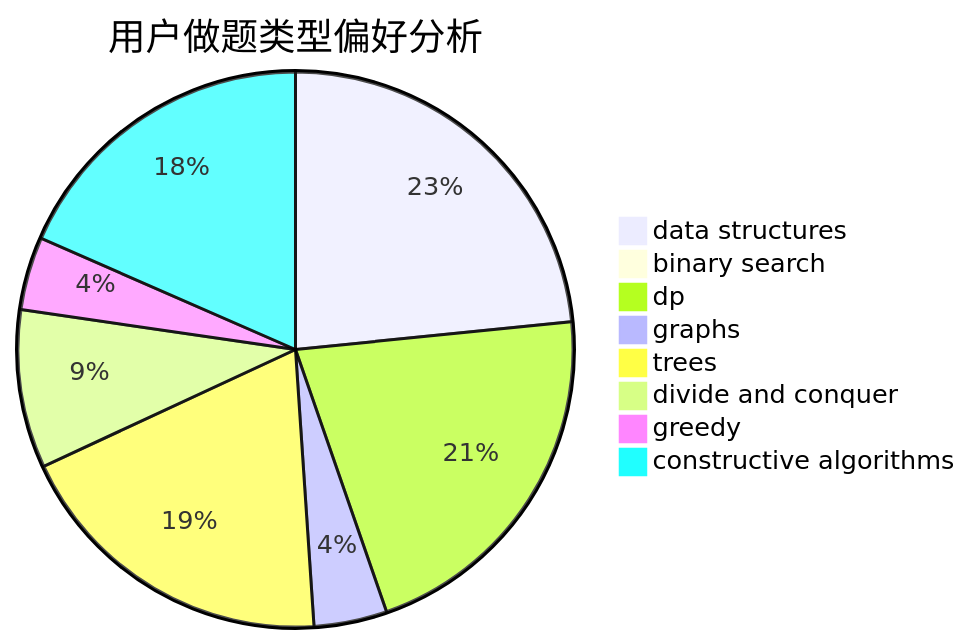
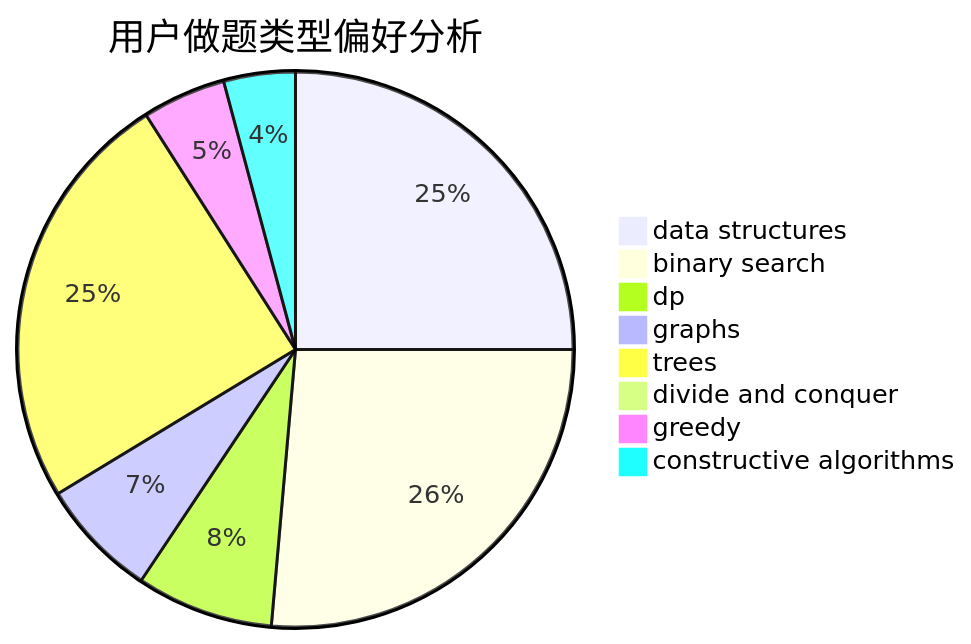
Before and after one commit to sherpahu/cfrs.github.io: the second of 3 diagrams in docs/user/u2036.md, drawn with Mermaid. The commit also changed other lines of this file and 2770 other files, not shown here.

````diff
--- a/docs/user/u2036.md
+++ b/docs/user/u2036.md
@@ -23,11 +23,11 @@
 ```mermaid
 pie title 用户做题类型偏好分析
-    "data structures" :  33
-    "binary search" :  0
-    "dp" :  30
-    "graphs" :  6
-    "trees" :  27
-    "divide and conquer" :  13
-    "greedy" :  6
-    "constructive algorithms" :  26
+    "data structures" :  72
+    "binary search" :  76
+    "dp" :  23
+    "graphs" :  20
+    "trees" :  71
+    "divide and conquer" :  1
+    "greedy" :  14
+    "constructive algorithms" :  12
 ```
````
